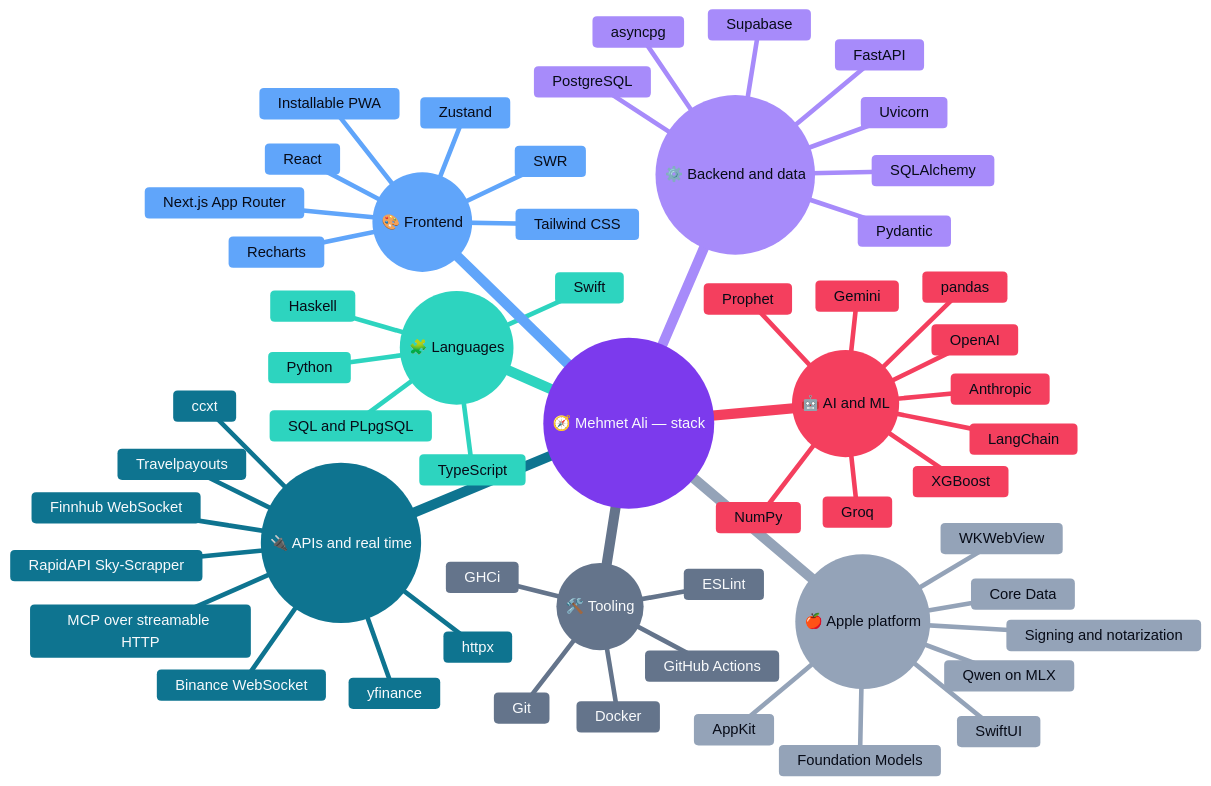
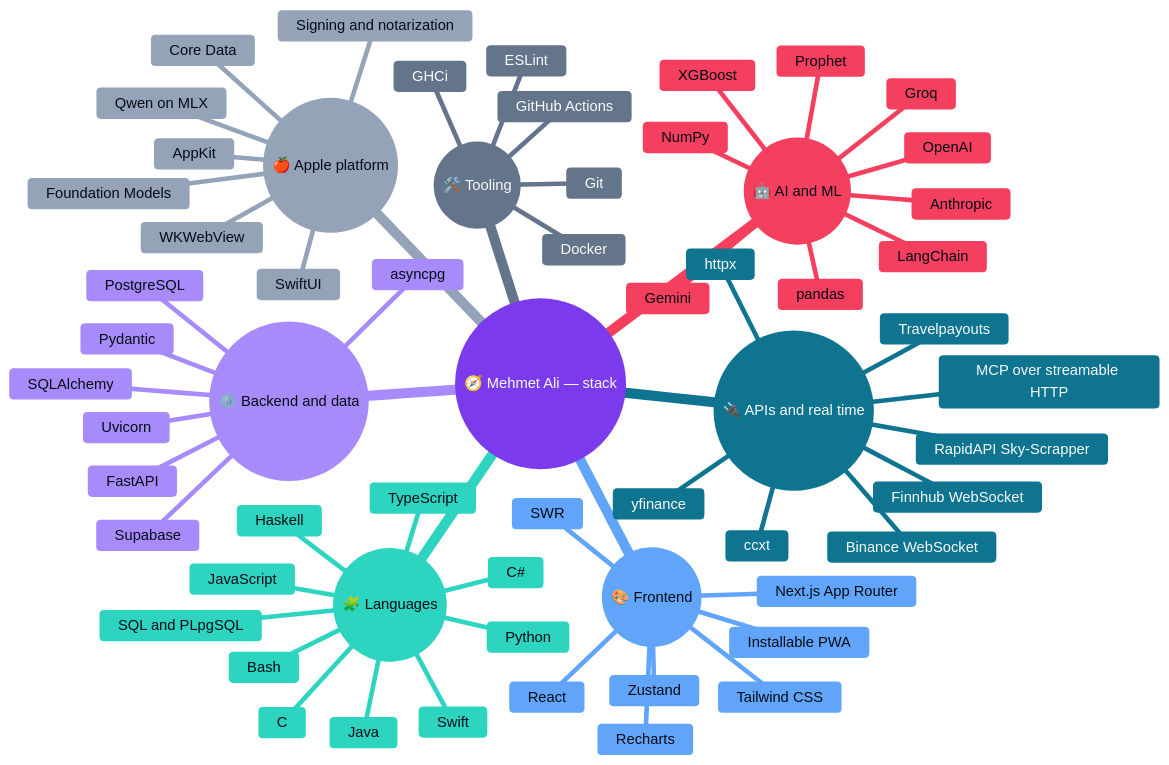
One commit to Maero47/maero47 changed the diagram in README.md. Above: the diagram before and after it, drawn with Mermaid.

Commit message:
Fill out the Languages branch of the stack mindmap

````diff
--- a/README.md
+++ b/README.md
@@ -92,70 +92,75 @@
 ```mermaid
 %%{init: {"theme": "base", "themeVariables": {
   "git0": "#7C3AED", "gitBranchLabel0": "#F8FAFC",
   "cScale0": "#7C3AED", "cScaleLabel0": "#F8FAFC", "cScaleInv0": "#F8FAFC",
   "cScale1": "#2DD4BF", "cScaleLabel1": "#070B17", "cScaleInv1": "#070B17",
   "cScale2": "#60A5FA", "cScaleLabel2": "#070B17", "cScaleInv2": "#070B17",
   "cScale3": "#A78BFA", "cScaleLabel3": "#070B17", "cScaleInv3": "#070B17",
   "cScale4": "#F43F5E", "cScaleLabel4": "#070B17", "cScaleInv4": "#070B17",
   "cScale5": "#94A3B8", "cScaleLabel5": "#070B17", "cScaleInv5": "#070B17",
   "cScale6": "#0E7490", "cScaleLabel6": "#F8FAFC", "cScaleInv6": "#F8FAFC",
   "cScale7": "#64748B", "cScaleLabel7": "#F8FAFC", "cScaleInv7": "#F8FAFC"
 }}}%%
 mindmap
   root((🧭 Mehmet Ali — stack))
     ((🧩 Languages))
       TypeScript
       Python
       Swift
+      SQL and PLpgSQL
+      JavaScript
+      Bash
       Haskell
-      SQL and PLpgSQL
+      C
+      C#
+      Java
     ((🎨 Frontend))
       Next.js App Router
       React
       Tailwind CSS
       Zustand
       SWR
       Recharts
       Installable PWA
     ((⚙️ Backend and data))
       FastAPI
       Uvicorn
       Pydantic
       SQLAlchemy
       asyncpg
       PostgreSQL
       Supabase
     ((🤖 AI and ML))
       LangChain
       OpenAI
       Anthropic
       Groq
       Gemini
       XGBoost
       Prophet
       pandas
       NumPy
     ((🍎 Apple platform))
       SwiftUI
       WKWebView
       AppKit
       Core Data
       Foundation Models
       Qwen on MLX
       Signing and notarization
     ((🔌 APIs and real time))
       Binance WebSocket
       Finnhub WebSocket
       MCP over streamable HTTP
       RapidAPI Sky-Scrapper
       Travelpayouts
       yfinance
       ccxt
       httpx
     ((🛠️ Tooling))
       Git
       GitHub Actions
       Docker
       ESLint
       GHCi
 ```
````
